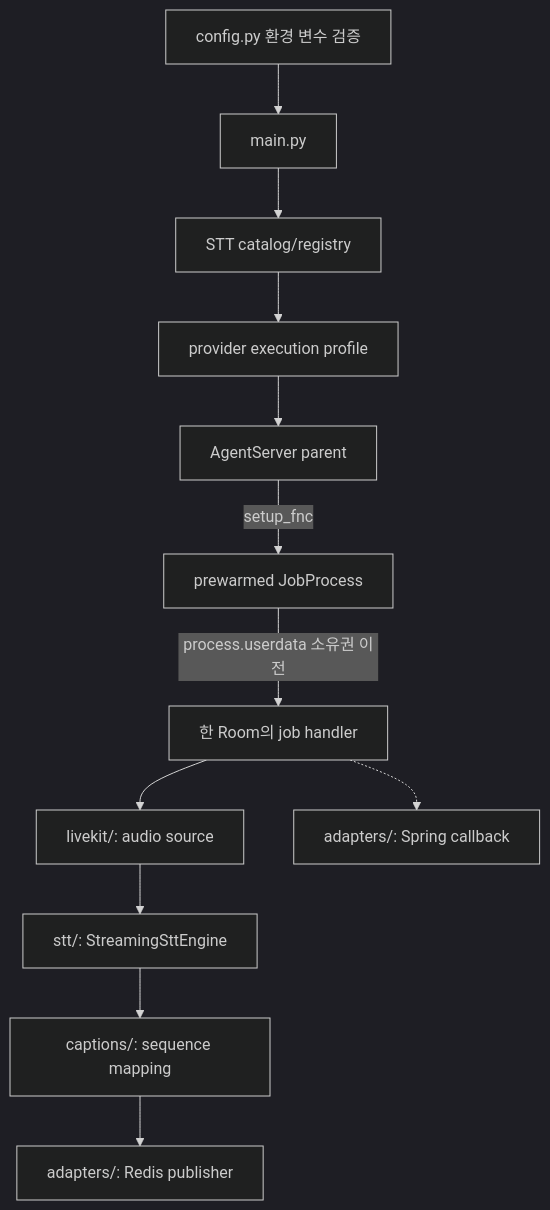
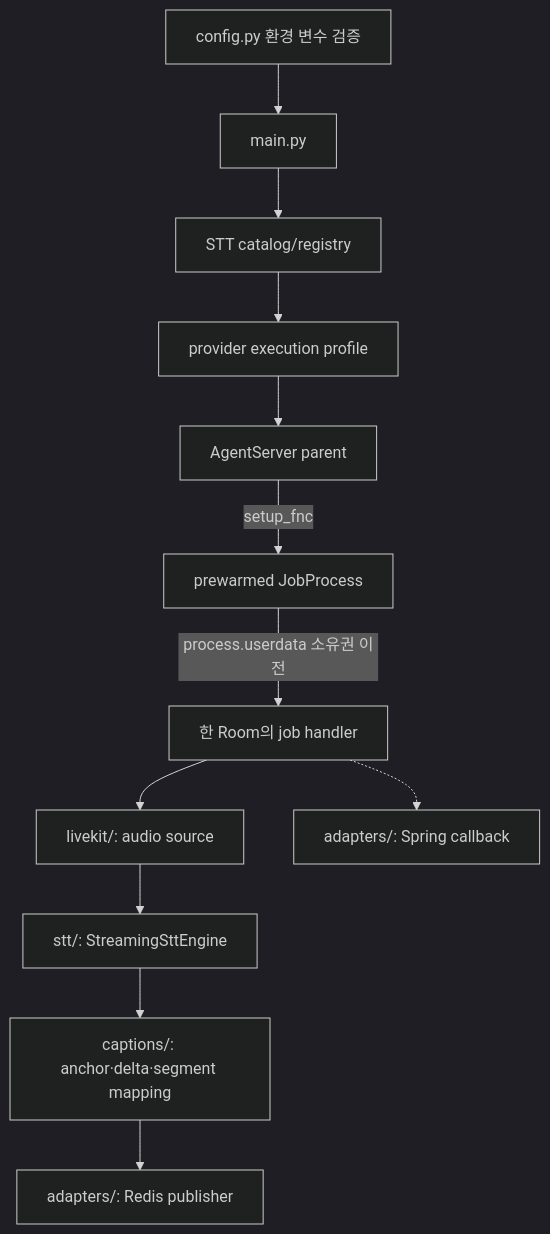
One commit to thdwjdrl401/jiphyeonjeon changed the diagram in ai/realtime-agent/app/README.md. Above: the diagram before and after it, drawn with Mermaid (dark theme). The commit also changed other lines of this file and 8 other files, not shown here.

````diff
--- a/ai/realtime-agent/app/README.md
+++ b/ai/realtime-agent/app/README.md
@@ -15,14 +15,14 @@
 ```mermaid
 flowchart TD
     C[config.py 환경 변수 검증] --> M[main.py]
     M --> G[STT catalog/registry]
     G --> P[provider execution profile]
     P --> A[AgentServer parent]
     A -->|setup_fnc| W[prewarmed JobProcess]
     W -->|process.userdata 소유권 이전| J[한 Room의 job handler]
     J --> L[livekit/: audio source]
     L --> T[stt/: StreamingSttEngine]
-    T --> Q[captions/: sequence mapping]
+    T --> Q[captions/: anchor·delta·segment mapping]
     Q --> D[adapters/: Redis publisher]
     J -.-> H[adapters/: Spring callback]
 ```
````
